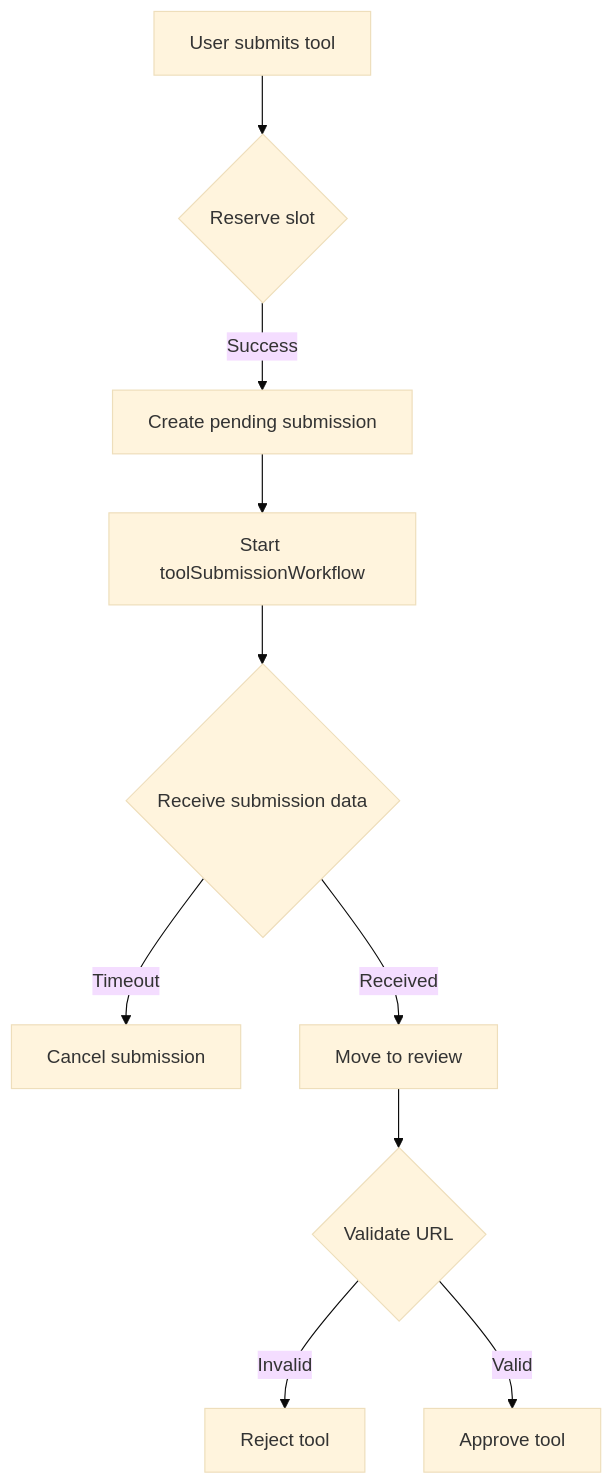
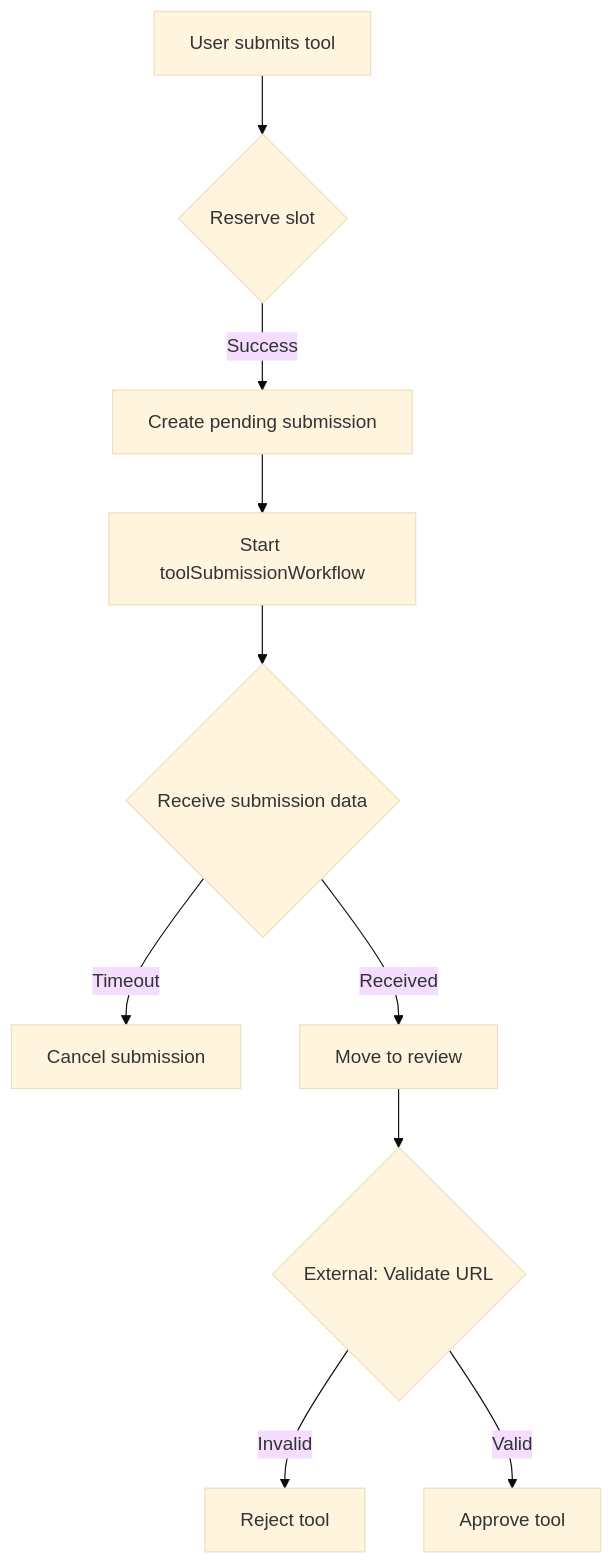
Before and after one commit to adamgordonbell/workflow-orchestration-tools: the first of 5 diagrams in README.md, drawn with Mermaid (base theme). The commit also changed 5 other files, not shown here.

````diff
--- a/README.md
+++ b/README.md
@@ -6,12 +6,12 @@
 ```mermaid
 flowchart TD
     A[User submits tool] --> B{Reserve slot}
     B -->|Success| C[Create pending submission]
     C --> D[Start toolSubmissionWorkflow]
     D --> E{Receive submission data}
     E -->|Timeout| F[Cancel submission]
     E -->|Received| G[Move to review]
-    G --> H{Validate URL}
+    G --> H{External: Validate URL}
     H -->|Invalid| I[Reject tool]
     H -->|Valid| J[Approve tool]
 ```
````
